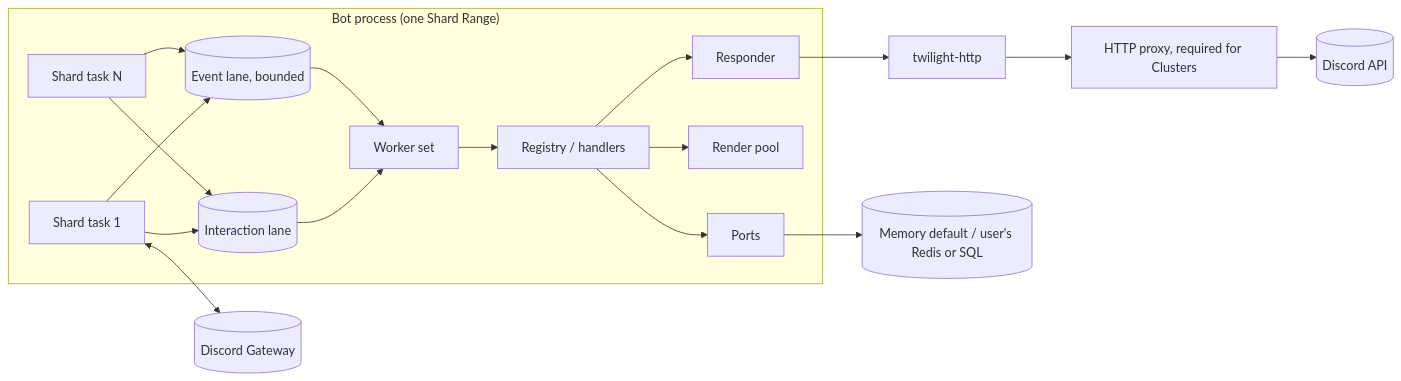
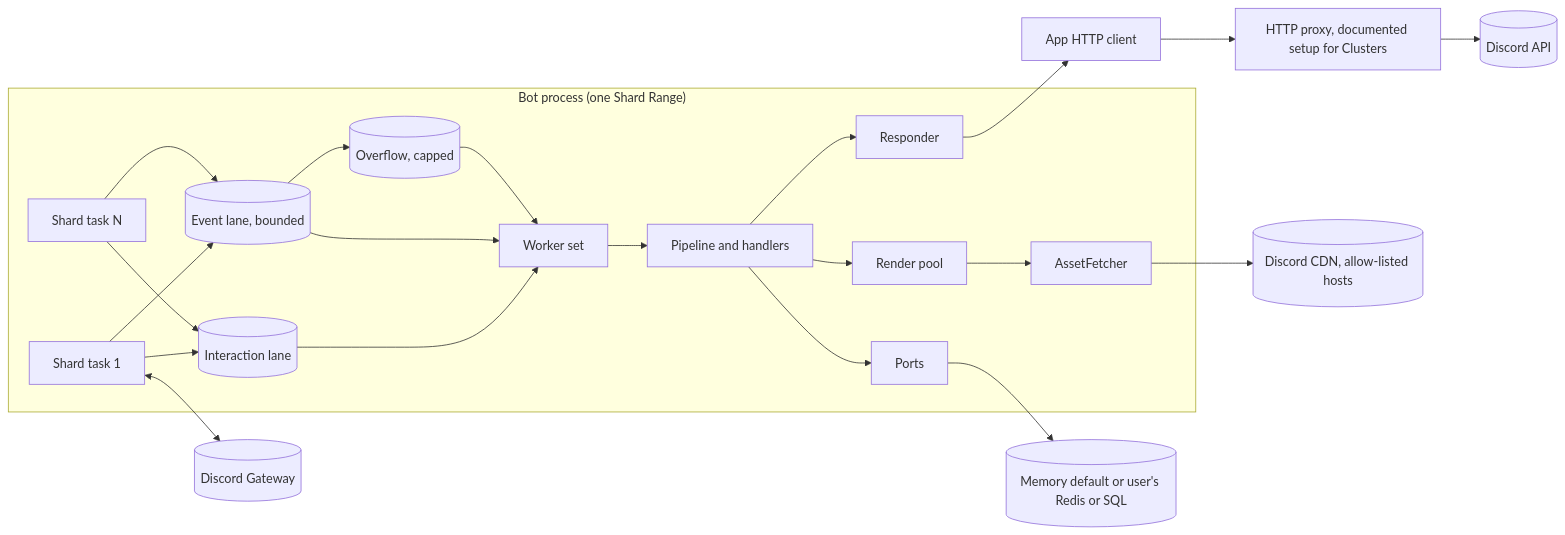
Before and after one commit to ErdemGKSL/noctis-rs: the second of 2 diagrams in _bmad-output/planning-artifacts/architecture/architecture-noctis-rs-2026-10-19/ARCHITECTURE-SPINE.md, drawn with Mermaid. The commit also changed other lines of this file and 5 other files, not shown here.

First line of the commit message:
Finalize noctis architecture spine (29 ADs) and align rules catalog and PRD

````diff
--- a/_bmad-output/planning-artifacts/architecture/architecture-noctis-rs-2026-10-19/ARCHITECTURE-SPINE.md
+++ b/_bmad-output/planning-artifacts/architecture/architecture-noctis-rs-2026-10-19/ARCHITECTURE-SPINE.md
@@ -381,20 +882,24 @@
 ```mermaid
 flowchart LR
   subgraph Process["Bot process (one Shard Range)"]
     S1[Shard task 1] --> IL[(Interaction lane)]
     S2[Shard task N] --> IL
     S1 --> EL[(Event lane, bounded)]
     S2 --> EL
+    EL --> OV[(Overflow, capped)]
     IL --> W[Worker set]
     EL --> W
-    W --> R[Registry / handlers]
-    R --> RESP[Responder]
-    R --> RP[Render pool]
-    R --> P[Ports]
+    OV --> W
+    W --> PL[Pipeline and handlers]
+    PL --> RESP[Responder]
+    PL --> RP[Render pool]
+    PL --> P[Ports]
+    RP --> AF[AssetFetcher]
   end
-  RESP --> HTTP[twilight-http]
-  HTTP --> PROXY[HTTP proxy, required for Clusters]
+  RESP --> HTTP[App HTTP client]
+  HTTP --> PROXY[HTTP proxy, documented setup for Clusters]
   PROXY --> DISCORD[(Discord API)]
   S1 <--> GW[(Discord Gateway)]
-  P --> STORE[(Memory default / user's Redis or SQL)]
+  AF --> CDN[(Discord CDN, allow-listed hosts)]
+  P --> STORE[(Memory default or user's Redis or SQL)]
 ```
````
